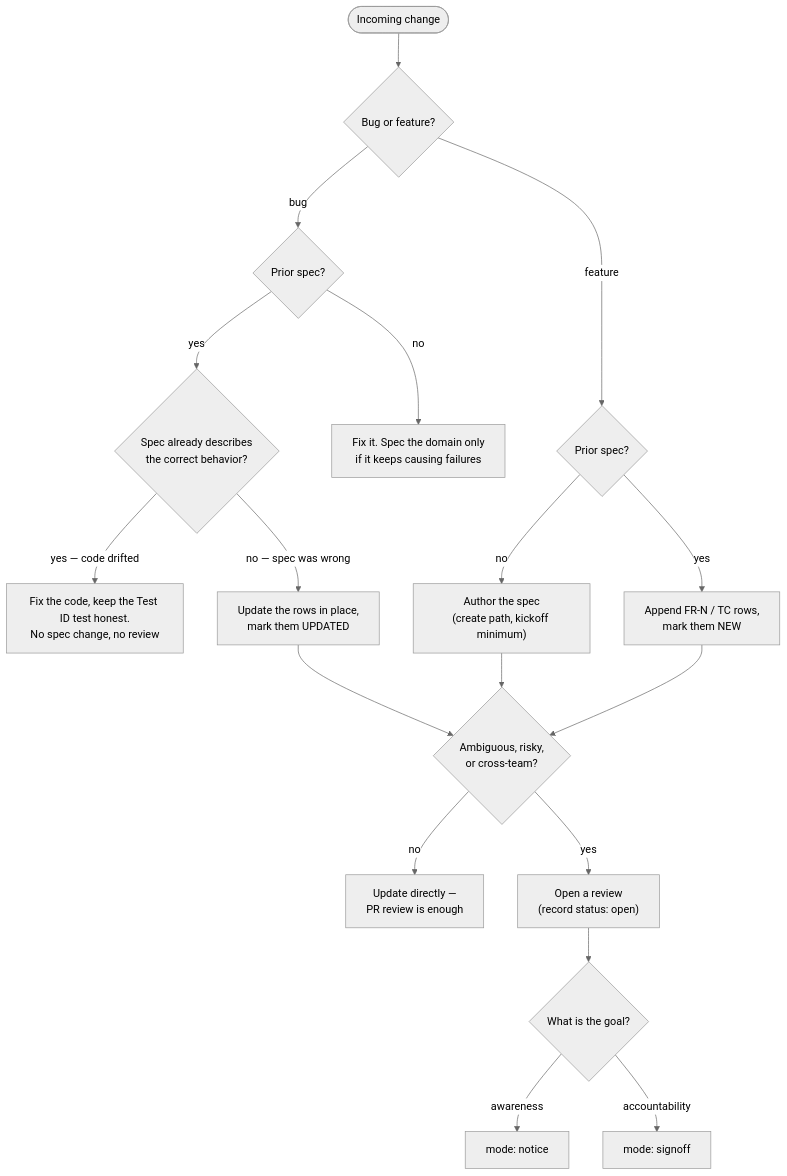
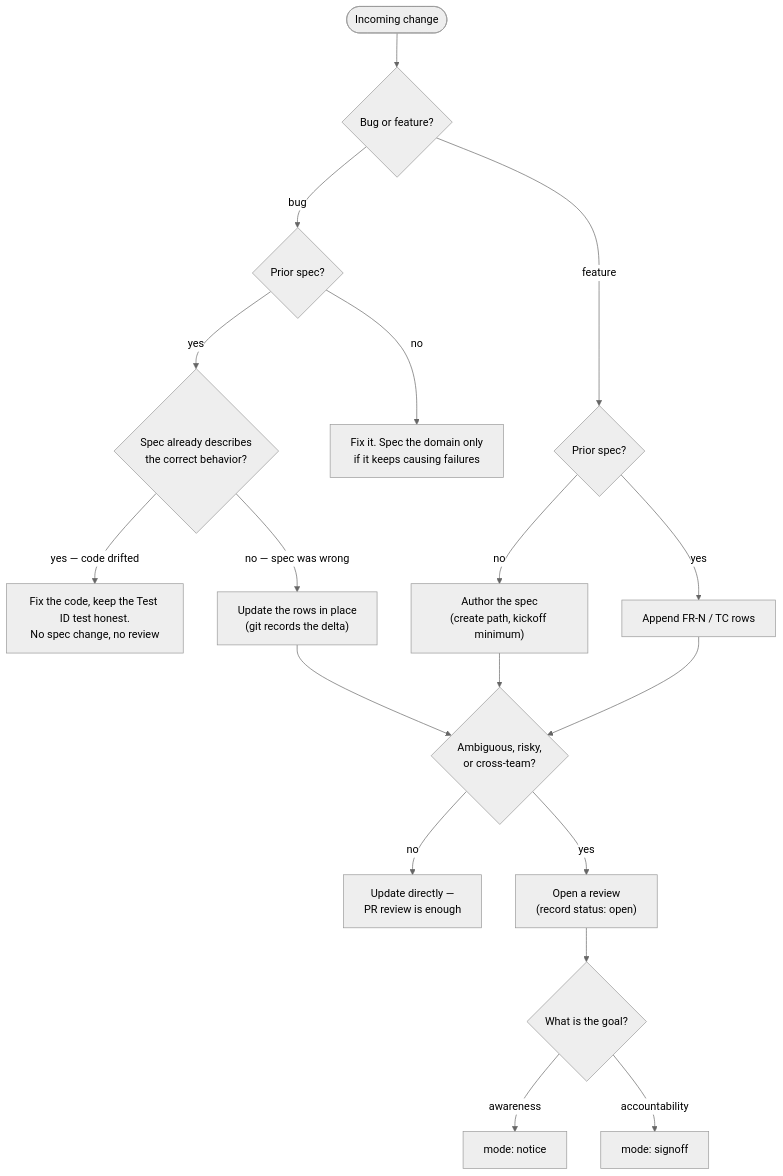
Before and after one commit to rosenjcb/spec-md: the diagram in REVIEW.md, drawn with Mermaid (neutral theme). The commit also changed other lines of this file and 14 other files, not shown here.

````diff
--- a/REVIEW.md
+++ b/REVIEW.md
@@ -63,25 +63,25 @@
 ```mermaid
 flowchart TD
     change([Incoming change]) --> kind{Bug or feature?}
 
     kind -- bug --> bspec{Prior spec?}
     kind -- feature --> fspec{Prior spec?}
 
     bspec -- no --> fix["Fix it. Spec the domain only<br/>if it keeps causing failures"]
     bspec -- yes --> drift{Spec already describes<br/>the correct behavior?}
     drift -- "yes — code drifted" --> conform["Fix the code, keep the Test ID test honest.<br/>No spec change, no review"]
-    drift -- "no — spec was wrong" --> amend["Update the rows in place,<br/>mark them UPDATED"]
+    drift -- "no — spec was wrong" --> amend["Update the rows in place<br/>(git records the delta)"]
 
     fspec -- no --> author["Author the spec<br/>(create path, kickoff minimum)"]
-    fspec -- yes --> extend["Append FR-N / TC rows,<br/>mark them NEW"]
+    fspec -- yes --> extend["Append FR-N / TC rows"]
 
     amend --> gate{Ambiguous, risky,<br/>or cross-team?}
     author --> gate
     extend --> gate
 
     gate -- no --> direct["Update directly —<br/>PR review is enough"]
     gate -- yes --> round["Open a review<br/>(record status: open)"]
     round --> goal{What is the goal?}
     goal -- awareness --> notice["mode: notice"]
     goal -- accountability --> signoff["mode: signoff"]
 ```
````
